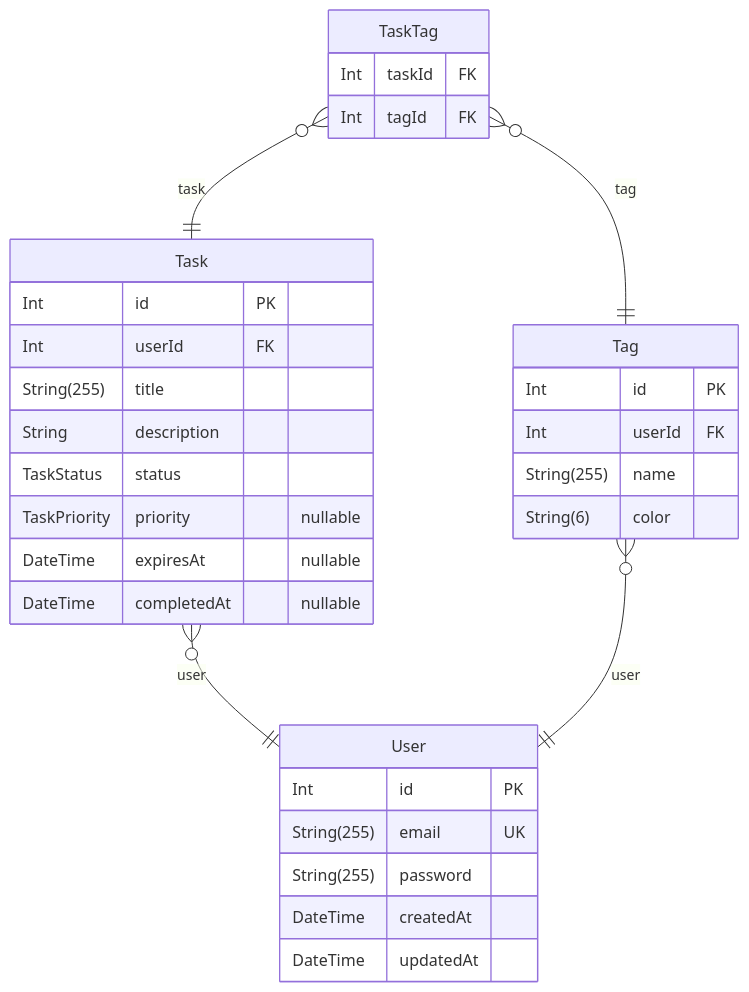
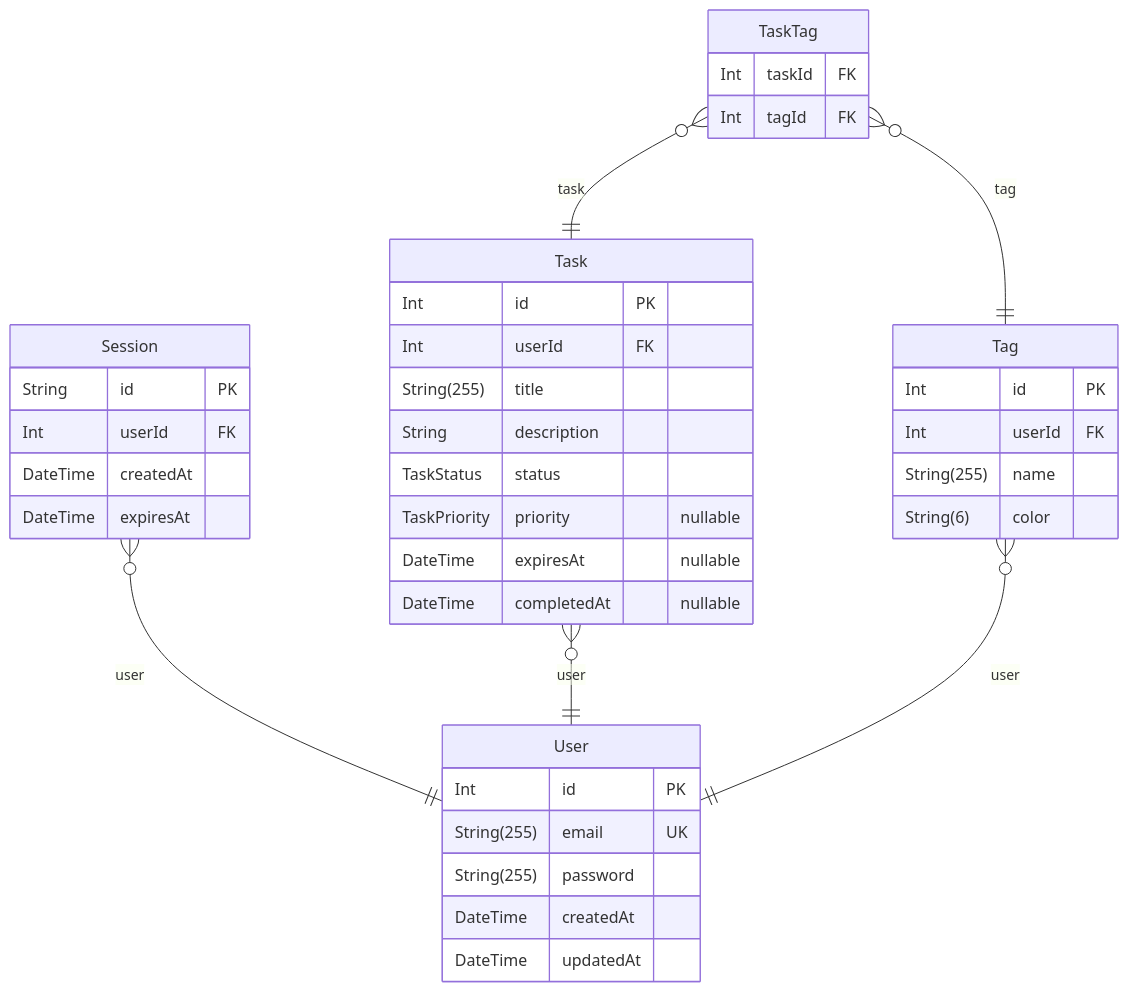
One commit to YutoTejima/todo-workers changed the diagram in ERD.md. Above: the diagram before and after it, drawn with Mermaid. The commit also changed other lines of this file and 8 other files, not shown here.

````diff
--- a/ERD.md
+++ b/ERD.md
@@ -9,34 +9,41 @@
 ```mermaid
 erDiagram
+"Session" {
+  String id PK
+  Int userId FK
+  DateTime createdAt
+  DateTime expiresAt
+}
 "User" {
   Int id PK
   String(255) email UK
   String(255) password
   DateTime createdAt
   DateTime updatedAt
 }
 "Task" {
   Int id PK
   Int userId FK
   String(255) title
   String description
   TaskStatus status
   TaskPriority priority "nullable"
   DateTime expiresAt "nullable"
   DateTime completedAt "nullable"
 }
 "Tag" {
   Int id PK
   Int userId FK
   String(255) name
   String(6) color
 }
 "TaskTag" {
   Int taskId FK
   Int tagId FK
 }
+"Session" }o--|| "User" : user
 "Task" }o--|| "User" : user
 "Tag" }o--|| "User" : user
 "TaskTag" }o--|| "Task" : task
 "TaskTag" }o--|| "Tag" : tag
 ```
````
